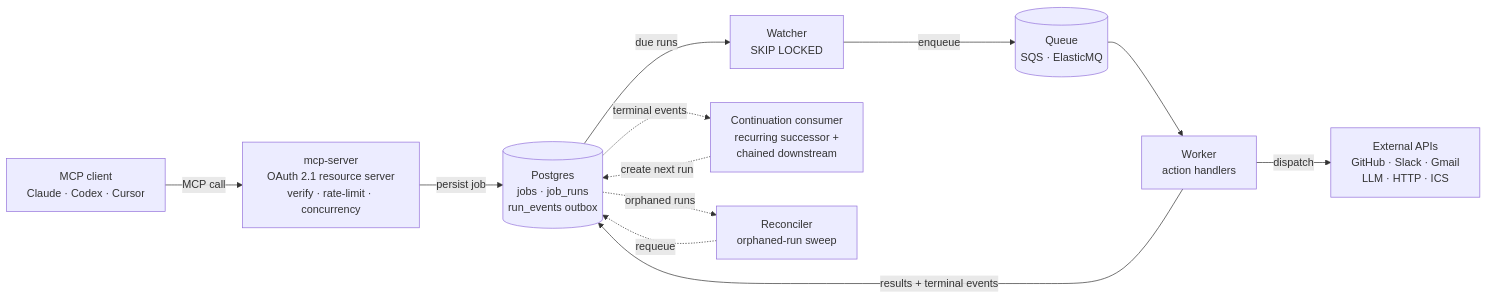
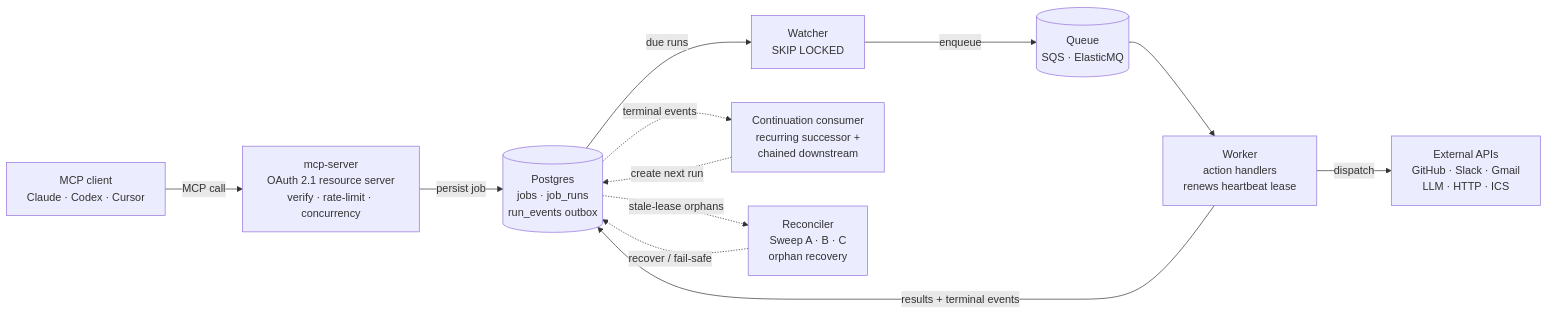
Before and after one commit to PaynePew/task_scheduler_mcp: the first of 2 diagrams in README.md, drawn with Mermaid. The commit also changed other lines of this file and 3 other files, not shown here.

````diff
--- a/README.md
+++ b/README.md
@@ -34,24 +35,24 @@
 ```mermaid
 flowchart LR
     CL["MCP client<br/>Claude · Codex · Cursor"]
     SRV["mcp-server<br/>OAuth 2.1 resource server<br/>verify · rate-limit · concurrency"]
     PG[("Postgres<br/>jobs · job_runs<br/>run_events outbox")]
     WAT["Watcher<br/>SKIP LOCKED"]
     Q[("Queue<br/>SQS · ElasticMQ")]
-    WO["Worker<br/>action handlers"]
+    WO["Worker<br/>action handlers<br/>renews heartbeat lease"]
     EXT["External APIs<br/>GitHub · Slack · Gmail<br/>LLM · HTTP · ICS"]
     CONT["Continuation consumer<br/>recurring successor +<br/>chained downstream"]
-    REC["Reconciler<br/>orphaned-run sweep"]
+    REC["Reconciler<br/>Sweep A · B · C<br/>orphan recovery"]
 
     CL -->|MCP call| SRV
     SRV -->|persist job| PG
     PG -->|due runs| WAT
     WAT -->|enqueue| Q
     Q --> WO
     WO -->|dispatch| EXT
     WO -->|results + terminal events| PG
     PG -. terminal events .-> CONT
     CONT -. create next run .-> PG
-    PG -. orphaned runs .-> REC
-    REC -. requeue .-> PG
+    PG -. stale-lease orphans .-> REC
+    REC -. recover / fail-safe .-> PG
 ```
````
